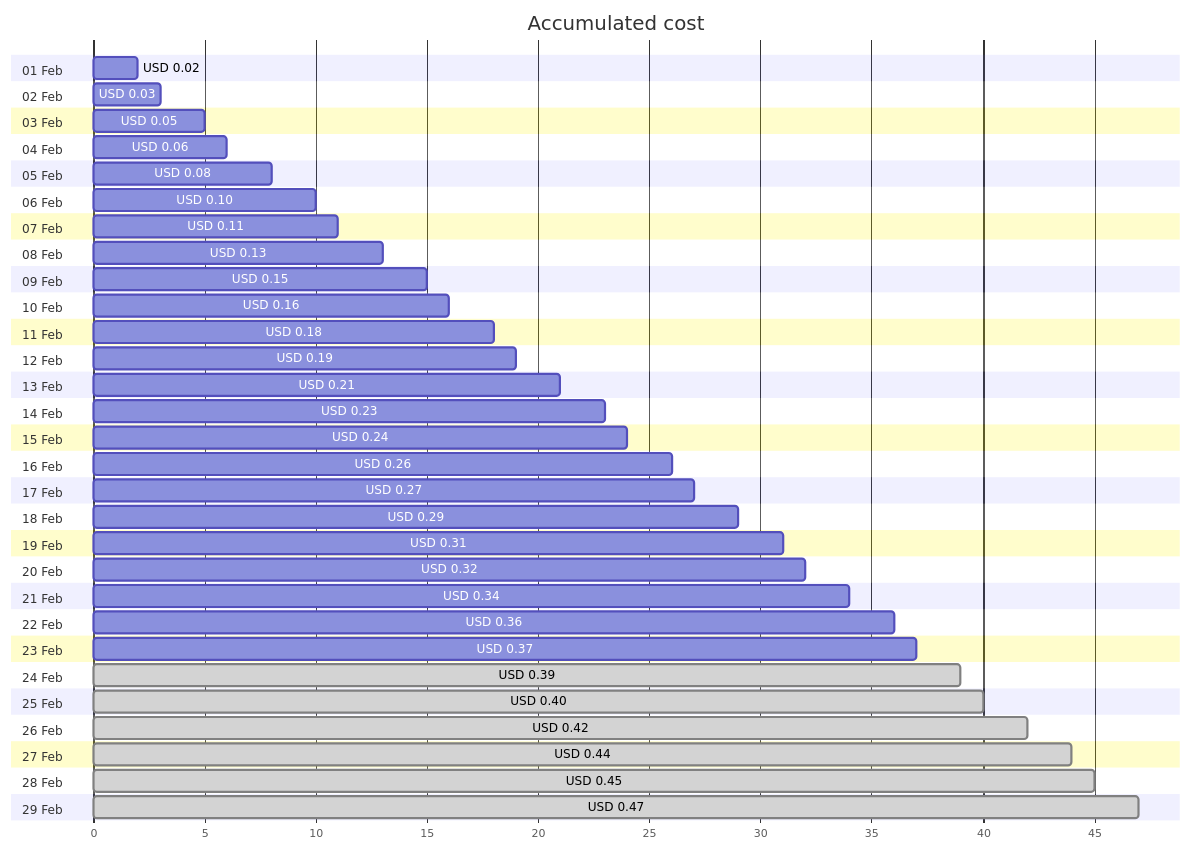
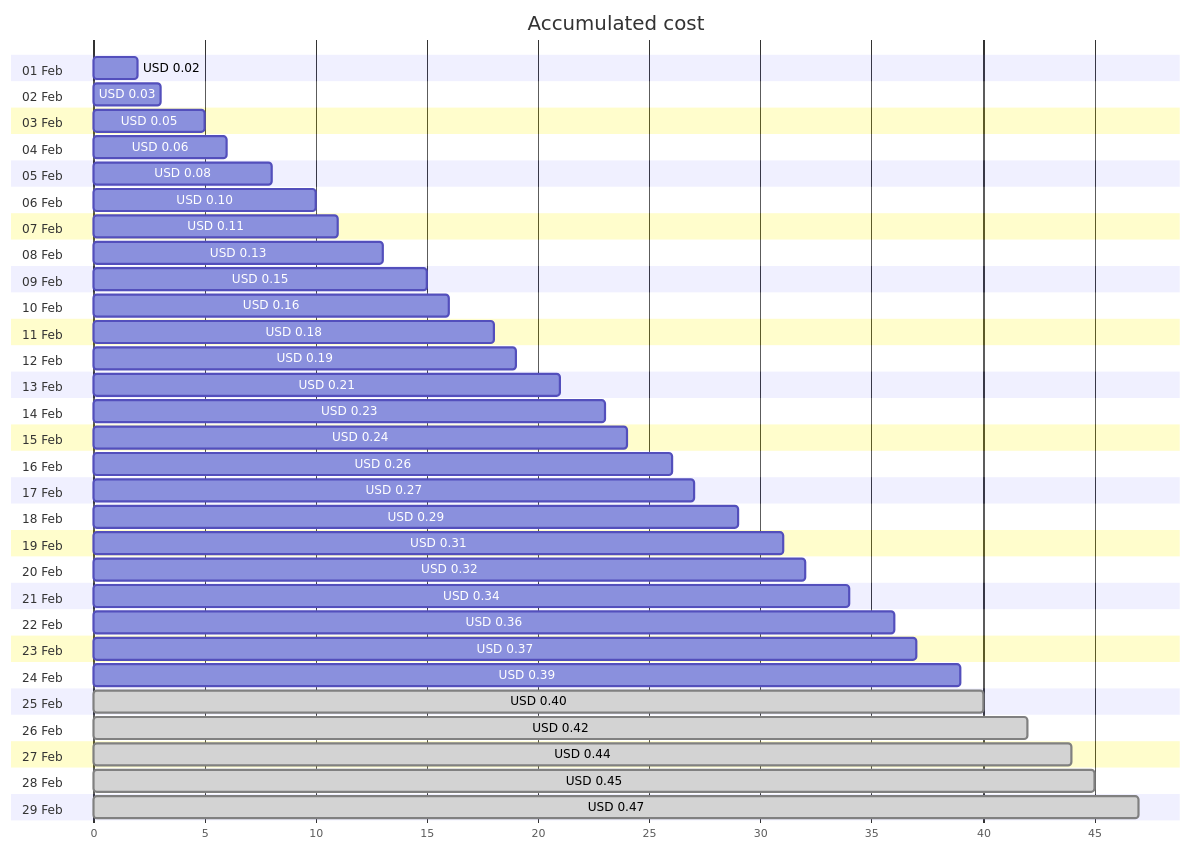
The first of 4 diagrams in cost-reports/personal-network/private.jpatrickfulton.com.md (jpfulton/azure-personal-reports), drawn with Mermaid before and after one commit. The commit also changed other lines of this file and 8 other files, not shown here.

````diff
--- a/cost-reports/personal-network/private.jpatrickfulton.com.md
+++ b/cost-reports/personal-network/private.jpatrickfulton.com.md
@@ -20,64 +20,64 @@
 ```mermaid
 gantt
    title Accumulated cost
    dateFormat  X
    axisFormat %s
    section 01 Feb
    USD 0.02 :0, 2
    section 02 Feb
    USD 0.03 :0, 3
    section 03 Feb
    USD 0.05 :0, 5
    section 04 Feb
    USD 0.06 :0, 6
    section 05 Feb
    USD 0.08 :0, 8
    section 06 Feb
    USD 0.10 :0, 10
    section 07 Feb
    USD 0.11 :0, 11
    section 08 Feb
    USD 0.13 :0, 13
    section 09 Feb
    USD 0.15 :0, 15
    section 10 Feb
    USD 0.16 :0, 16
    section 11 Feb
    USD 0.18 :0, 18
    section 12 Feb
    USD 0.19 :0, 19
    section 13 Feb
    USD 0.21 :0, 21
    section 14 Feb
    USD 0.23 :0, 23
    section 15 Feb
    USD 0.24 :0, 24
    section 16 Feb
    USD 0.26 :0, 26
    section 17 Feb
    USD 0.27 :0, 27
    section 18 Feb
    USD 0.29 :0, 29
    section 19 Feb
    USD 0.31 :0, 31
    section 20 Feb
    USD 0.32 :0, 32
    section 21 Feb
    USD 0.34 :0, 34
    section 22 Feb
    USD 0.36 :0, 36
    section 23 Feb
    USD 0.37 :0, 37
    section 24 Feb
-   USD 0.39 : done, 0, 39
+   USD 0.39 :0, 39
    section 25 Feb
    USD 0.40 : done, 0, 40
    section 26 Feb
    USD 0.42 : done, 0, 42
    section 27 Feb
    USD 0.44 : done, 0, 44
    section 28 Feb
    USD 0.45 : done, 0, 45
    section 29 Feb
    USD 0.47 : done, 0, 47
 ```
````
